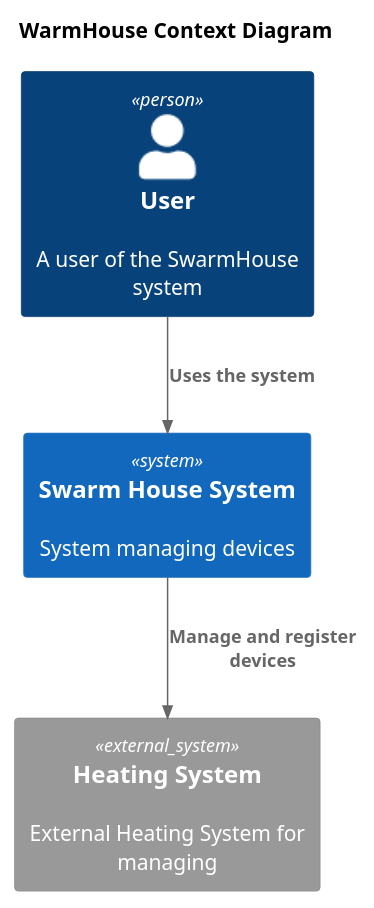
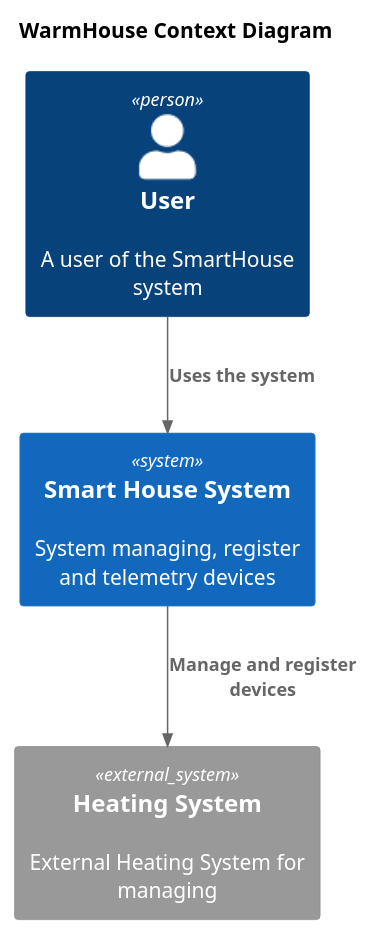
One commit to Ka44aH/architecture-warmhouse changed the diagram in diagrams/context/context_as_is.puml. Above: the diagram before and after it, drawn with PlantUML. The commit also changed 6 other files, not shown here.

Commit message:
sprint-1: task-2 add context and container diagram

```diff
--- a/diagrams/context/context_as_is.puml
+++ b/diagrams/context/context_as_is.puml
@@ -1,16 +1,16 @@
 @startuml
 title WarmHouse Context Diagram
 
 top to bottom direction
 
 !includeurl https://raw.githubusercontent.com/RicardoNiepel/C4-PlantUML/master/C4_Component.puml
 
-Person(user, "User", "A user of the SwarmHouse system")
-System(SwarmHouseSystem, "Swarm House System", "System managing devices")
+Person(user, "User", "A user of the SmartHouse system")
+System(SmartHouseSystem, "Smart House System", "System managing, register and telemetry devices")
 
 System_Ext(HeatingSystem, "Heating System", "External Heating System for managing")
 
-Rel(user, SwarmHouseSystem, "Uses the system")
-Rel(SwarmHouseSystem,HeatingSystem,"Manage and register devices")
+Rel(user, SmartHouseSystem, "Uses the system")
+Rel(SmartHouseSystem, HeatingSystem, "Manage and register devices")
 
 @enduml
```
